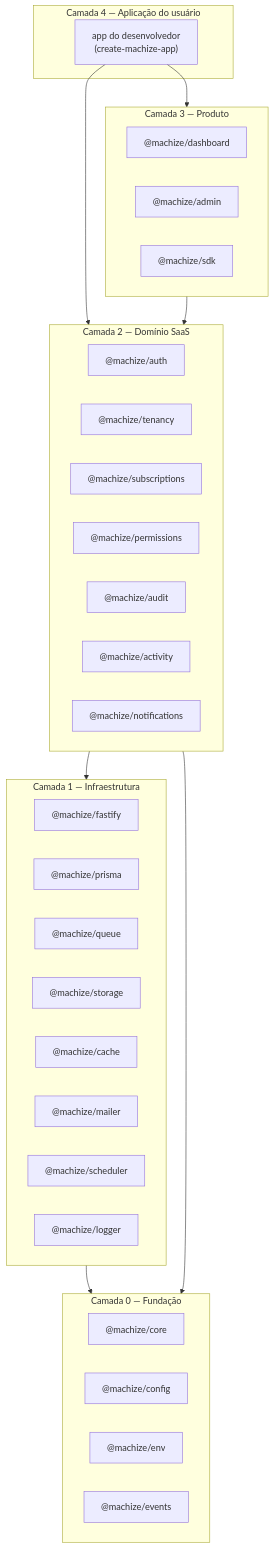
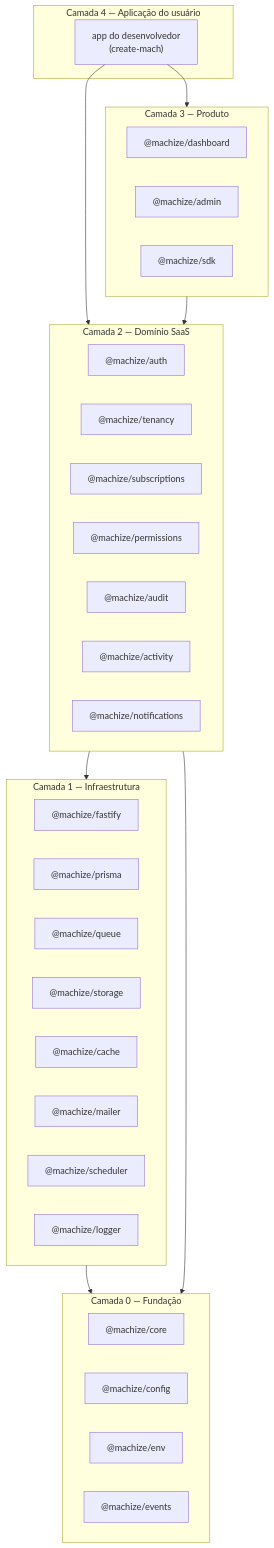
One commit to basaltkit/basalt changed the first of 4 diagrams in ARCHITECTURE.md. Above: the diagram before and after it, drawn with Mermaid. The commit also changed other lines of this file and 33 other files, not shown here.

First line of the commit message:
chore: rename scaffolder create-machize-app -> create-mach

````diff
--- a/ARCHITECTURE.md
+++ b/ARCHITECTURE.md
@@ -42,42 +42,42 @@
 ```mermaid
 graph TB
     subgraph L4["Camada 4 — Aplicação do usuário"]
-        APP["app do desenvolvedor<br/>(create-machize-app)"]
+        APP["app do desenvolvedor<br/>(create-mach)"]
     end
     subgraph L3["Camada 3 — Produto"]
         DASH["@machize/dashboard"]
         ADMIN["@machize/admin"]
         SDK["@machize/sdk"]
     end
     subgraph L2["Camada 2 — Domínio SaaS"]
         AUTH["@machize/auth"]
         TEN["@machize/tenancy"]
         SUBS["@machize/subscriptions"]
         PERM["@machize/permissions"]
         AUD["@machize/audit"]
         ACT["@machize/activity"]
         NOTIF["@machize/notifications"]
     end
     subgraph L1["Camada 1 — Infraestrutura"]
         FAST["@machize/fastify"]
         PRISMA["@machize/prisma"]
         QUEUE["@machize/queue"]
         STOR["@machize/storage"]
         CACHE["@machize/cache"]
         MAIL["@machize/mailer"]
         SCHED["@machize/scheduler"]
         LOG["@machize/logger"]
     end
     subgraph L0["Camada 0 — Fundação"]
         CORE["@machize/core"]
         CONFIG["@machize/config"]
         ENV["@machize/env"]
         EVENTS["@machize/events"]
     end
     APP --> L3
     APP --> L2
     L3 --> L2
     L2 --> L1
     L1 --> L0
     L2 --> L0
 ```
````
